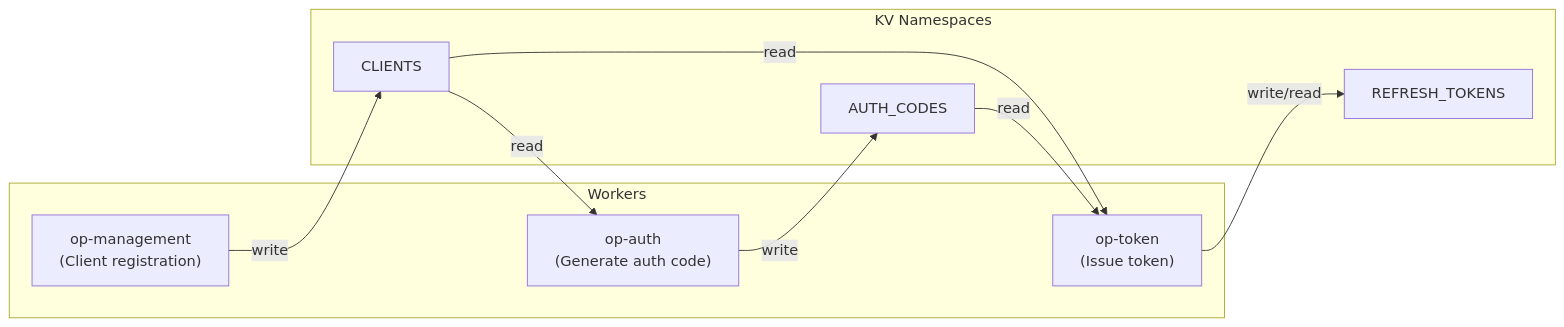
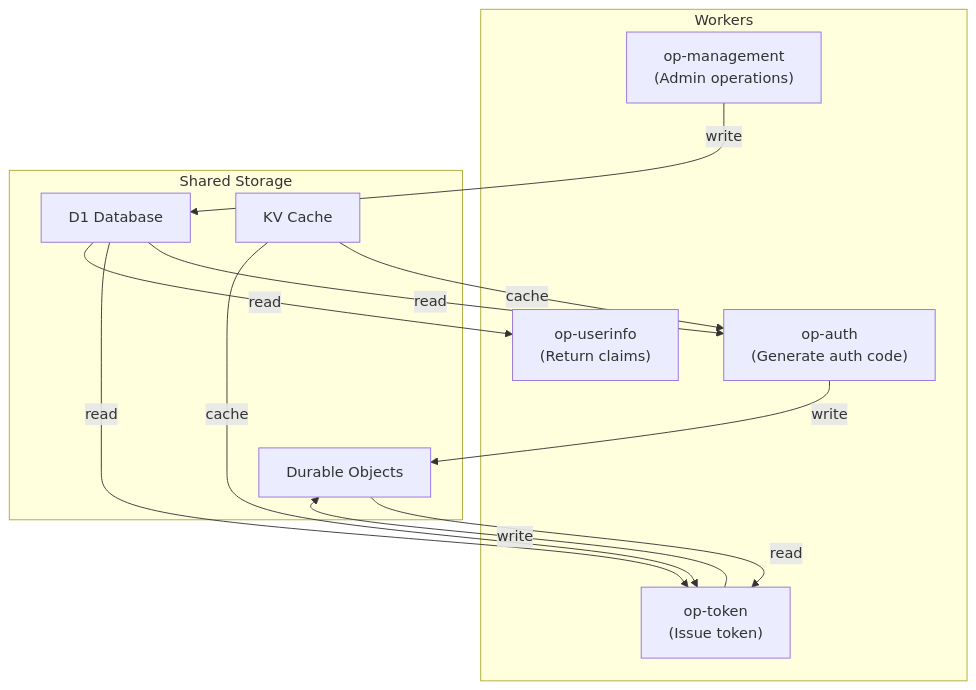
The third of 3 diagrams in docs/architecture/workers.md (fossabot/authrim), drawn with Mermaid before and after one commit. The commit also changed other lines of this file and 39 other files, not shown here.

````diff
--- a/docs/architecture/workers.md
+++ b/docs/architecture/workers.md
@@ -135,21 +260,25 @@
 ```mermaid
-flowchart LR
+flowchart TB
     subgraph Workers
         Auth["op-auth<br/>(Generate auth code)"]
-        Mgmt["op-management<br/>(Client registration)"]
         Token["op-token<br/>(Issue token)"]
+        UserInfo["op-userinfo<br/>(Return claims)"]
+        Management["op-management<br/>(Admin operations)"]
     end
 
-    subgraph KV["KV Namespaces"]
-        AC[AUTH_CODES]
-        CL[CLIENTS]
-        RT[REFRESH_TOKENS]
+    subgraph Storage["Shared Storage"]
+        DO[Durable Objects]
+        D1[D1 Database]
+        KV[KV Cache]
     end
 
-    Auth -->|write| AC
-    AC -->|read| Token
-    Mgmt -->|write| CL
-    CL -->|read| Auth
-    CL -->|read| Token
-    Token -->|write/read| RT
+    Auth -->|write| DO
+    DO -->|read| Token
+    Token -->|write| DO
+    Management -->|write| D1
+    D1 -->|read| Auth
+    D1 -->|read| Token
+    D1 -->|read| UserInfo
+    KV -->|cache| Auth
+    KV -->|cache| Token
 ```
````
